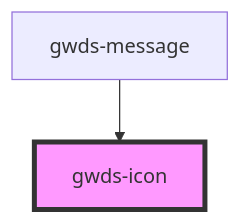
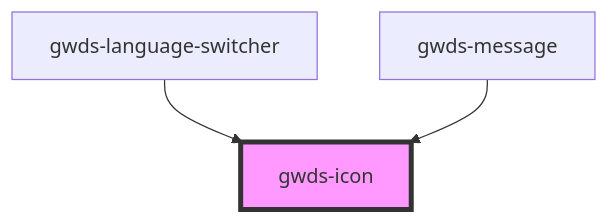
Before and after one commit to bsastregx/gwds-stenciljs: the diagram in src/components/gwds-icon/readme.md, drawn with Mermaid. The commit also changed other lines of this file and 17 other files, not shown here.

````diff
--- a/src/components/gwds-icon/readme.md
+++ b/src/components/gwds-icon/readme.md
@@ -25,5 +26,6 @@
 ```mermaid
 graph TD;
+  gwds-language-switcher --> gwds-icon
   gwds-message --> gwds-icon
   style gwds-icon fill:#f9f,stroke:#333,stroke-width:4px
 ```
````
